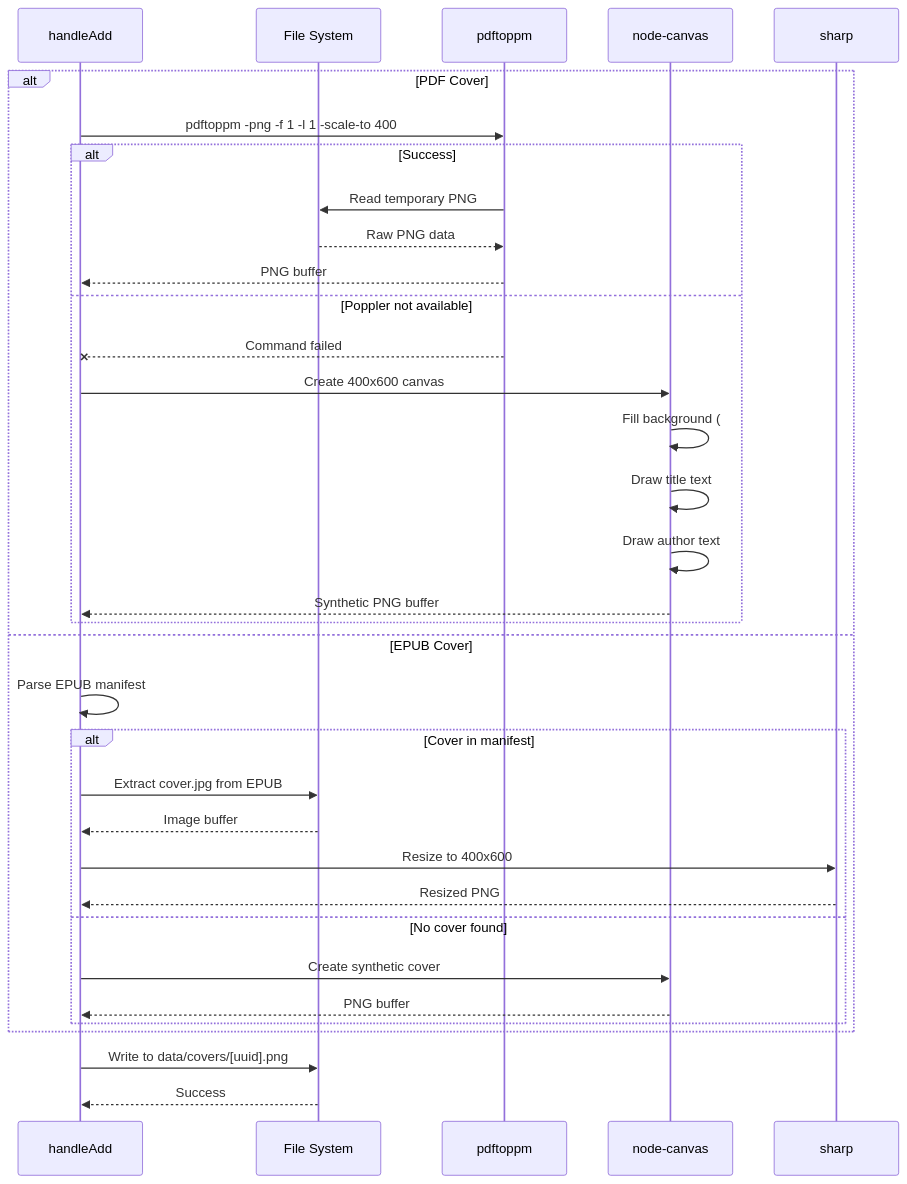
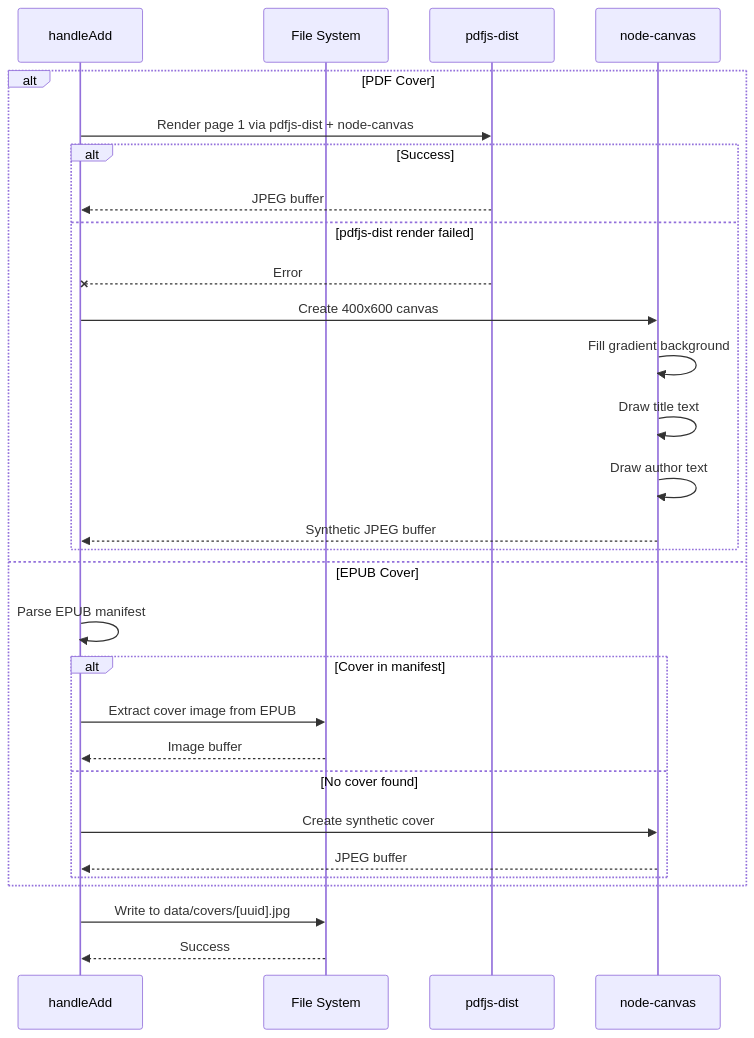
Before and after one commit to jamesacklin/alex: the eighth of 9 diagrams in docs/design/sequence-diagrams.md, drawn with Mermaid. The commit also changed other lines of this file and 5 other files, not shown here.

First line of the commit message:
replace pdftoppm with pdfjs-dist for PDF cover generation

````diff
--- a/docs/design/sequence-diagrams.md
+++ b/docs/design/sequence-diagrams.md
@@ -416,38 +416,33 @@
 ```mermaid
 sequenceDiagram
     participant Handler as handleAdd
     participant FS as File System
-    participant Poppler as pdftoppm
+    participant PdfJs as pdfjs-dist
     participant Canvas as node-canvas
-    participant Sharp as sharp
 
     alt PDF Cover
-        Handler->>Poppler: pdftoppm -png -f 1 -l 1 -scale-to 400
+        Handler->>PdfJs: Render page 1 via pdfjs-dist + node-canvas
         alt Success
-            Poppler->>FS: Read temporary PNG
-            FS-->>Poppler: Raw PNG data
-            Poppler-->>Handler: PNG buffer
-        else Poppler not available
-            Poppler--xHandler: Command failed
+            PdfJs-->>Handler: JPEG buffer
+        else pdfjs-dist render failed
+            PdfJs--xHandler: Error
             Handler->>Canvas: Create 400x600 canvas
-            Canvas->>Canvas: Fill background (#f5f5f5)
+            Canvas->>Canvas: Fill gradient background
             Canvas->>Canvas: Draw title text
             Canvas->>Canvas: Draw author text
-            Canvas-->>Handler: Synthetic PNG buffer
+            Canvas-->>Handler: Synthetic JPEG buffer
         end
     else EPUB Cover
         Handler->>Handler: Parse EPUB manifest
         alt Cover in manifest
-            Handler->>FS: Extract cover.jpg from EPUB
+            Handler->>FS: Extract cover image from EPUB
             FS-->>Handler: Image buffer
-            Handler->>Sharp: Resize to 400x600
-            Sharp-->>Handler: Resized PNG
         else No cover found
             Handler->>Canvas: Create synthetic cover
-            Canvas-->>Handler: PNG buffer
+            Canvas-->>Handler: JPEG buffer
         end
     end
 
-    Handler->>FS: Write to data/covers/[uuid].png
+    Handler->>FS: Write to data/covers/[uuid].jpg
     FS-->>Handler: Success
 ```
````
